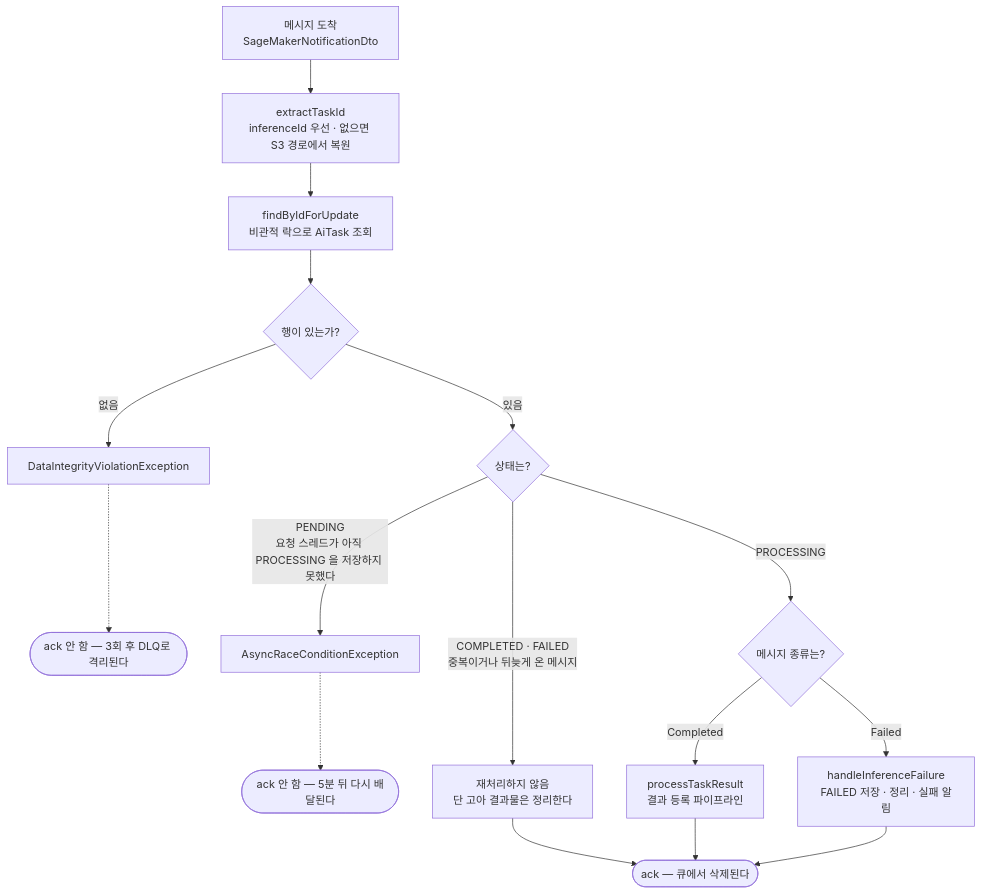
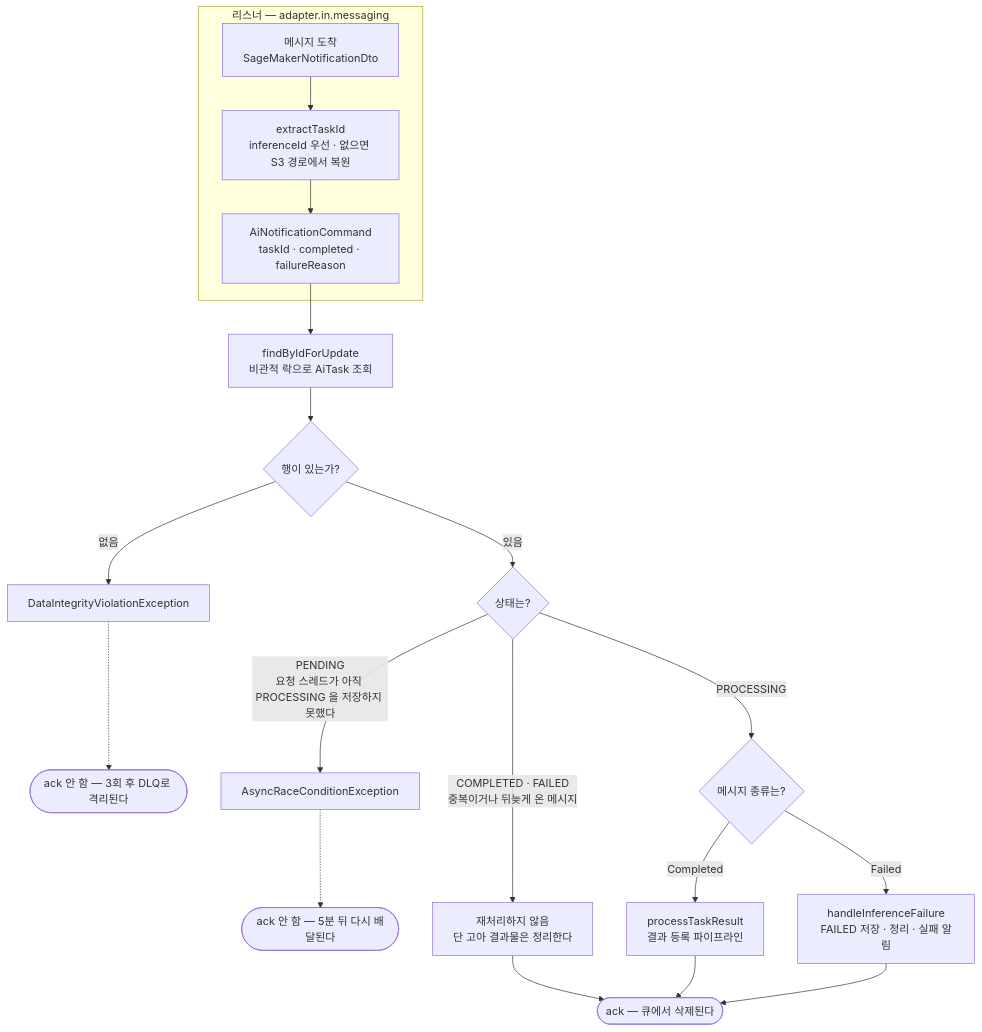
Before and after one commit to Aetheria-Tech/BE-Server: the second of 5 diagrams in docs/architecture/sqs-message-flow.md, drawn with Mermaid. The commit also changed other lines of this file and 16 other files, not shown here.

First line of the commit message:
refactor(architecture): 인바운드 어댑터 재구조화 및 아키텍처 규칙 강화

````diff
--- a/docs/architecture/sqs-message-flow.md
+++ b/docs/architecture/sqs-message-flow.md
@@ -68,34 +87,38 @@
 ```mermaid
 flowchart TD
-    MSG["메시지 도착<br/>SageMakerNotificationDto"]
-    EXT["extractTaskId<br/>inferenceId 우선 · 없으면 S3 경로에서 복원"]
+    subgraph AD["리스너 — adapter.in.messaging"]
+        MSG["메시지 도착<br/>SageMakerNotificationDto"]
+        EXT["extractTaskId<br/>inferenceId 우선 · 없으면 S3 경로에서 복원"]
+        CMD["AiNotificationCommand<br/>taskId · completed · failureReason"]
+    end
+
     LOCK["findByIdForUpdate<br/>비관적 락으로 AiTask 조회"]
     NF{"행이 있는가?"}
     ST{"상태는?"}
     KIND{"메시지 종류는?"}
 
     NOTFOUND["DataIntegrityViolationException"]
     RACE["AsyncRaceConditionException"]
     SKIP["재처리하지 않음<br/>단 고아 결과물은 정리한다"]
     OK["processTaskResult<br/>결과 등록 파이프라인"]
     INFFAIL["handleInferenceFailure<br/>FAILED 저장 · 정리 · 실패 알림"]
 
     ACK(["ack — 큐에서 삭제된다"])
     RETRY(["ack 안 함 — 5분 뒤 다시 배달된다"])
     TODLQ(["ack 안 함 — 3회 후 DLQ로 격리된다"])
 
-    MSG --> EXT --> LOCK --> NF
+    MSG --> EXT --> CMD --> LOCK --> NF
     NF -- "없음" --> NOTFOUND
     NF -- "있음" --> ST
     ST -- "PENDING<br/>요청 스레드가 아직 PROCESSING 을 저장하지 못했다" --> RACE
     ST -- "COMPLETED · FAILED<br/>중복이거나 뒤늦게 온 메시지" --> SKIP
     ST -- "PROCESSING" --> KIND
     KIND -- "Completed" --> OK
     KIND -- "Failed" --> INFFAIL
 
     OK --> ACK
     INFFAIL --> ACK
     SKIP --> ACK
     RACE -.-> RETRY
     NOTFOUND -.-> TODLQ
 ```
````
